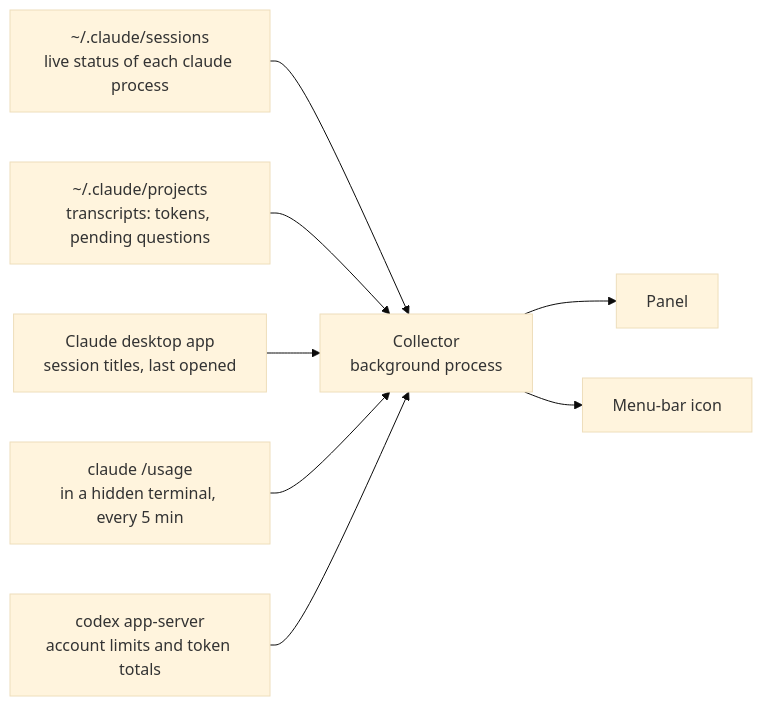
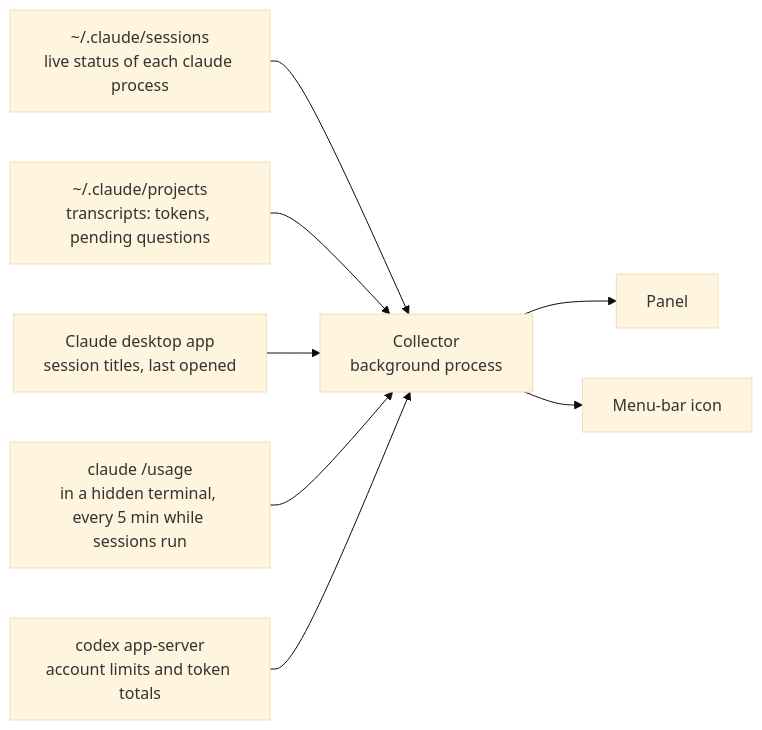
Before and after one commit to andrei-pisklenov/agent-pulse: the diagram in README.md, drawn with Mermaid (base theme). The commit also changed other lines of this file and 10 other files, not shown here.

````diff
--- a/README.md
+++ b/README.md
@@ -116,10 +116,10 @@
 ```mermaid
 flowchart LR
   live["~/.claude/sessions<br/>live status of each claude process"] --> collector
   transcripts["~/.claude/projects<br/>transcripts: tokens, pending questions"] --> collector
   desktop["Claude desktop app<br/>session titles, last opened"] --> collector
-  usage["claude /usage<br/>in a hidden terminal, every 5 min"] --> collector
+  usage["claude /usage<br/>in a hidden terminal, every 5 min while sessions run"] --> collector
   codex["codex app-server<br/>account limits and token totals"] --> collector
   collector["Collector<br/>background process"] --> panel["Panel"]
   collector --> tray["Menu-bar icon"]
 ```
````
